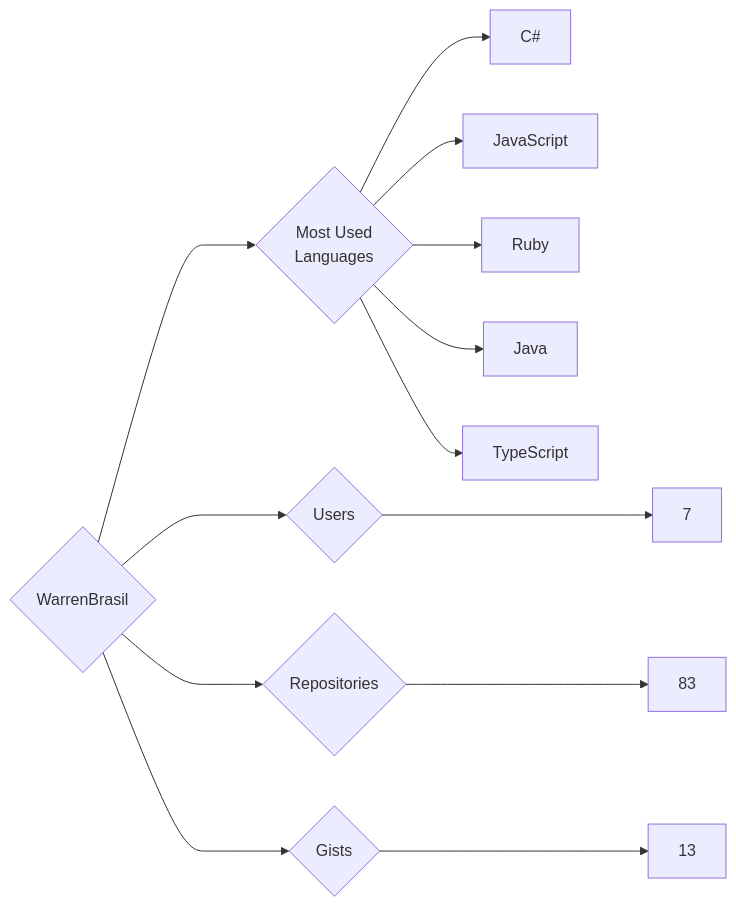
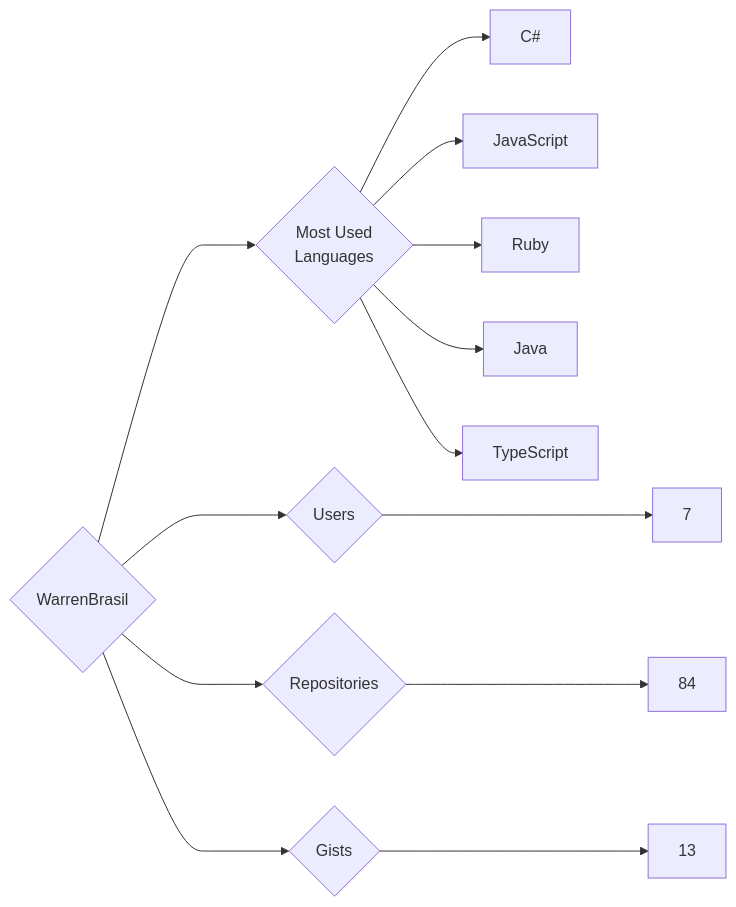
One commit to trickest/insiders changed the diagram in targets/WarrenBrasil/README.md. Above: the diagram before and after it, drawn with Mermaid. The commit also changed 796 other files, not shown here.

````diff
--- a/targets/WarrenBrasil/README.md
+++ b/targets/WarrenBrasil/README.md
@@ -3,13 +3,13 @@
 ```mermaid
 graph LR
 COMPANY_NAME{WarrenBrasil}
 COMPANY_NAME ---> U{Users} ---> UN[7]
-COMPANY_NAME ---> R{Repositories} ---> RN[83]
+COMPANY_NAME ---> R{Repositories} ---> RN[84]
 COMPANY_NAME ---> G{Gists} ---> GN[13]
 COMPANY_NAME ---> ML{Most Used<br>Languages}
 ML --> C#[C#]
 ML --> JavaScript[JavaScript]
 ML --> Ruby[Ruby]
 ML --> Java[Java]
 ML --> TypeScript[TypeScript]
 ```
````
